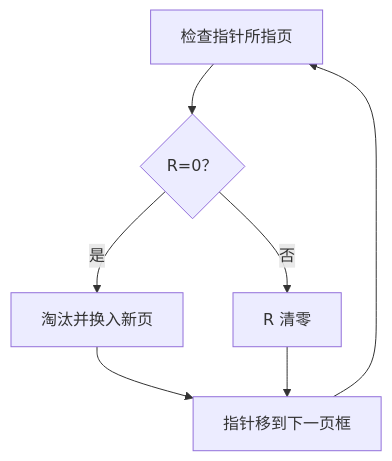
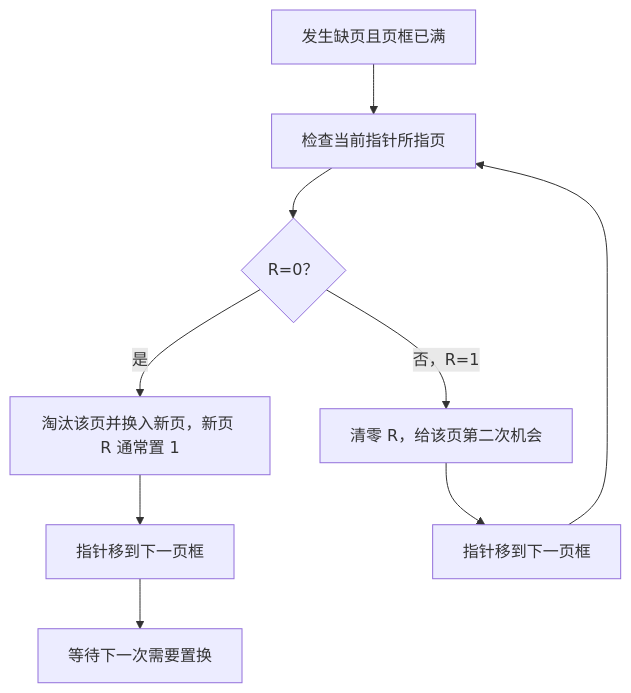
The diagram in 01_综合知识/01_计算机系统基础知识/02_操作系统/Clock页面置换算法.md (74262195/system-architect-notes), drawn with Mermaid before and after one commit. The commit also changed 2 other files, not shown here.

Commit message:
修正 Clock 页面置换流程图触发条件

````diff
--- a/01_综合知识/01_计算机系统基础知识/02_操作系统/Clock页面置换算法.md
+++ b/01_综合知识/01_计算机系统基础知识/02_操作系统/Clock页面置换算法.md
@@ -42,9 +42,11 @@
 ```mermaid
 flowchart TD
-    A["检查指针所指页"] --> B{"R=0？"}
-    B -->|是| C["淘汰并换入新页"]
-    C --> D["指针移到下一页框"]
-    B -->|否| E["R 清零"]
-    E --> D
-    D --> A
+    A["发生缺页且页框已满"] --> B["检查当前指针所指页"]
+    B --> C{"R=0？"}
+    C -->|是| D["淘汰该页并换入新页，新页 R 通常置 1"]
+    D --> E["指针移到下一页框"]
+    E --> F["等待下一次需要置换"]
+    C -->|否，R=1| G["清零 R，给该页第二次机会"]
+    G --> H["指针移到下一页框"]
+    H --> B
 ```
````
